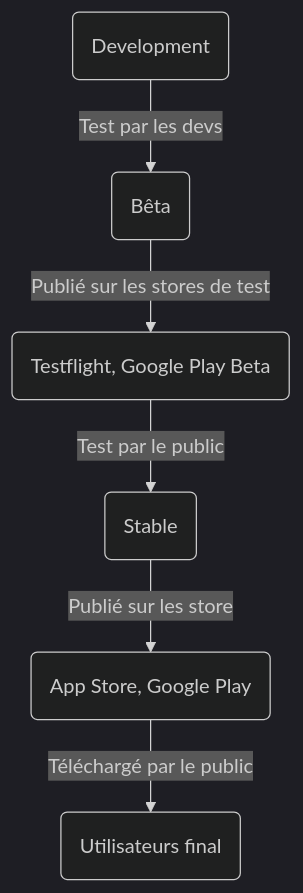
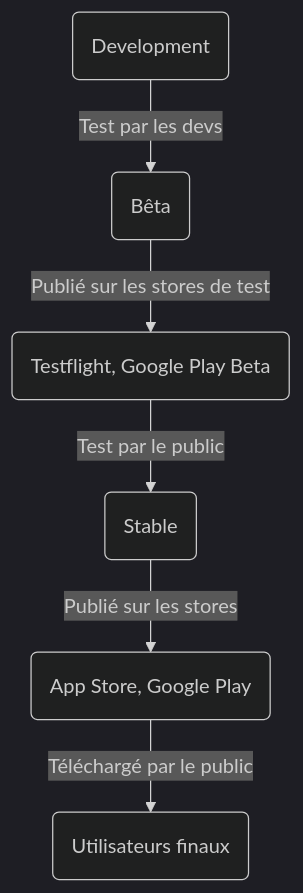
One commit to PapillonApp/docs changed the diagram in docs/contribute/final-step.md. Above: the diagram before and after it, drawn with Mermaid (dark theme).

Commit message:
:pencil: update final-step.md

````diff
--- a/docs/contribute/final-step.md
+++ b/docs/contribute/final-step.md
@@ -19,8 +19,8 @@
 ``` mermaid
 graph TD
     A(Development) -->|Test par les devs| B(Bêta)
     B -->|Publié sur les stores de test| ST(Testflight, Google Play Beta)
     ST -->|Test par le public| C(Stable)
-    C -->|Publié sur les store| S(App Store, Google Play)
-    S -->|Téléchargé par le public| U(Utilisateurs final)
+    C -->|Publié sur les stores| S(App Store, Google Play)
+    S -->|Téléchargé par le public| U(Utilisateurs finaux)
 ```
````
